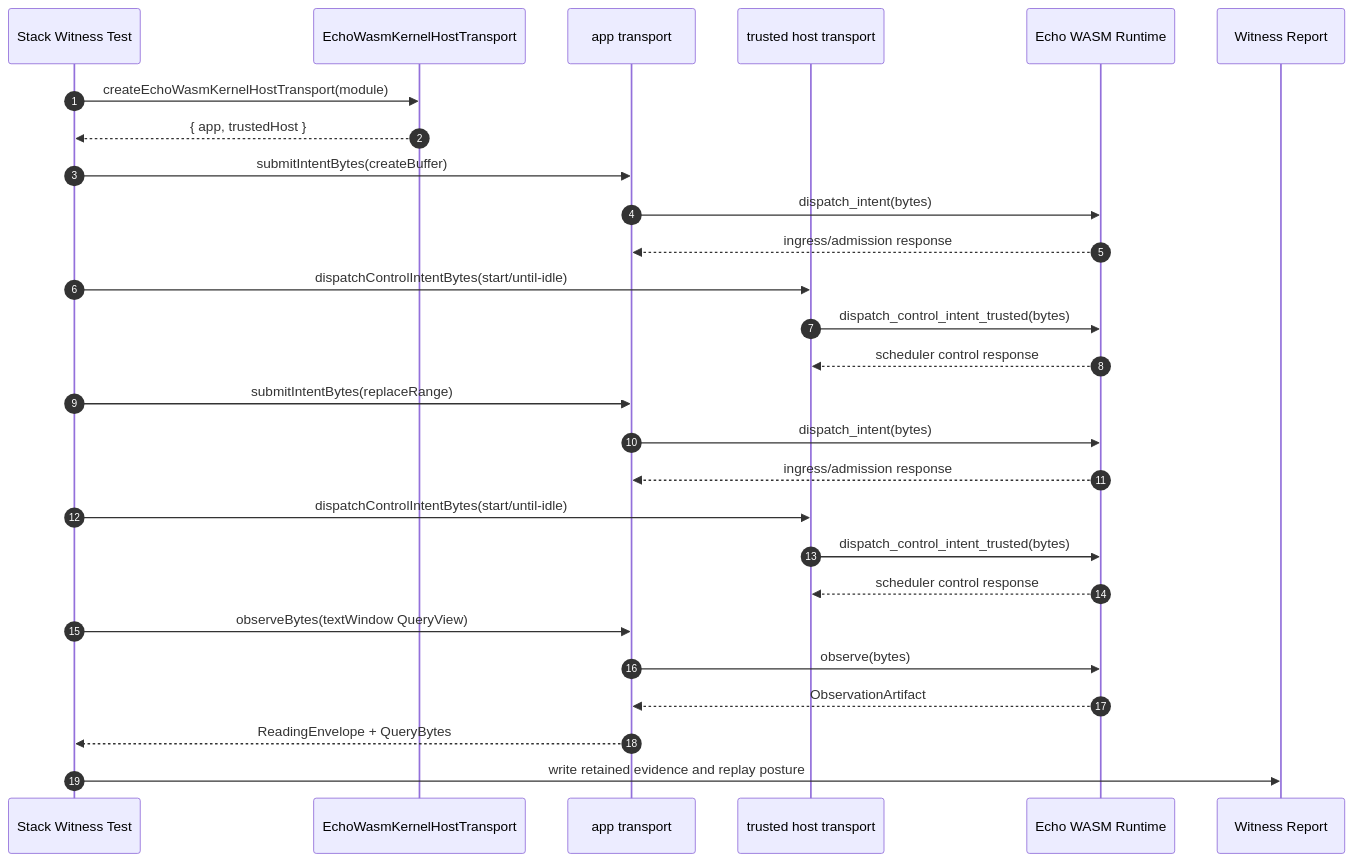
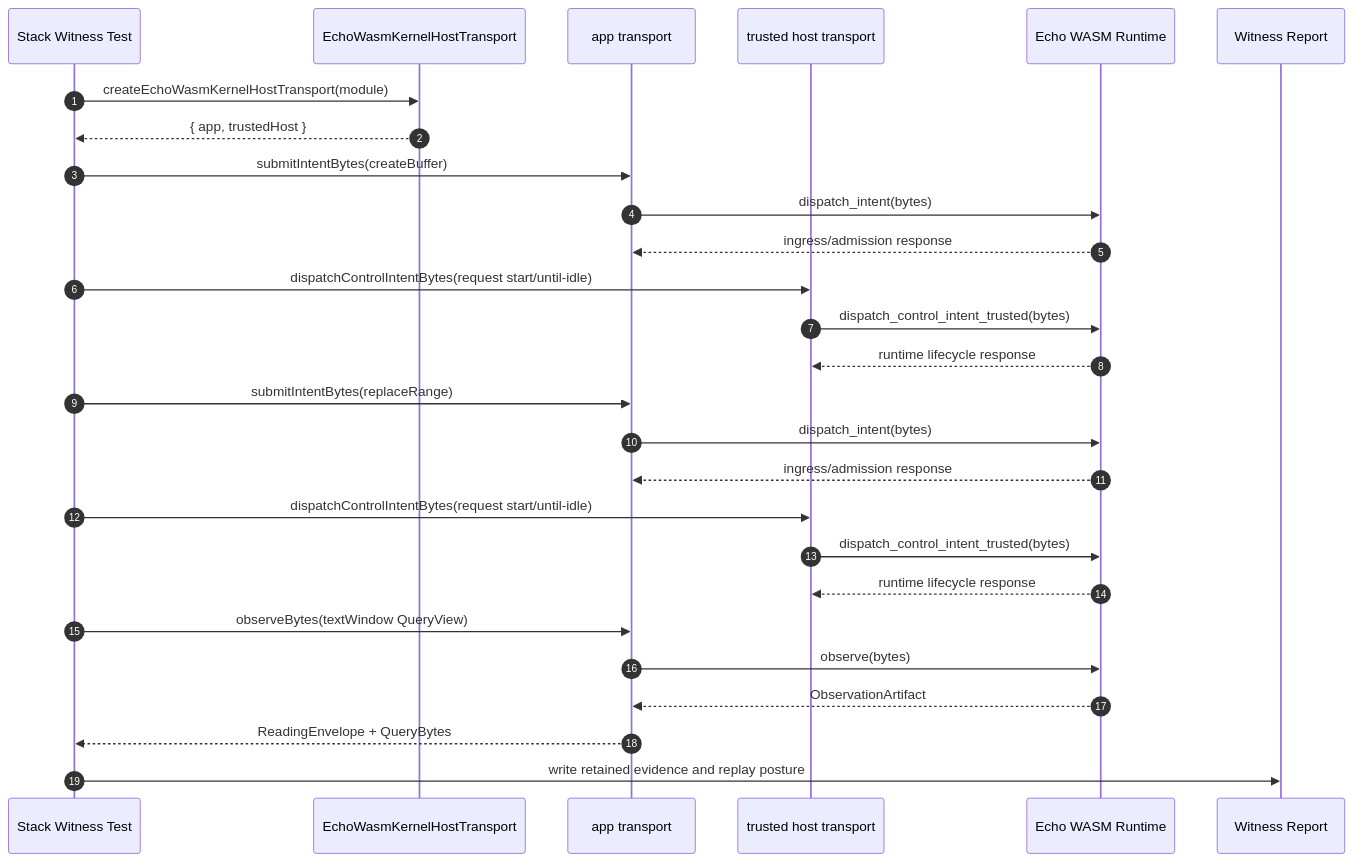
One commit to flyingrobots/jedit changed the tenth of 12 diagrams in docs/jedit-echo-end-to-end.md. Above: the diagram before and after it, drawn with Mermaid. The commit also changed other lines of this file and 1 other file, not shown here.

Commit message:
docs: clarify Echo-owned tick authority

````diff
--- a/docs/jedit-echo-end-to-end.md
+++ b/docs/jedit-echo-end-to-end.md
@@ -714,33 +716,33 @@
 ```mermaid
 sequenceDiagram
   autonumber
   participant Test as Stack Witness Test
   participant HostTransport as EchoWasmKernelHostTransport
   participant AppTransport as app transport
   participant TrustedHost as trusted host transport
   participant Echo as Echo WASM Runtime
   participant Report as Witness Report
 
   Test->>HostTransport: createEchoWasmKernelHostTransport(module)
   HostTransport-->>Test: { app, trustedHost }
 
   Test->>AppTransport: submitIntentBytes(createBuffer)
   AppTransport->>Echo: dispatch_intent(bytes)
   Echo-->>AppTransport: ingress/admission response
-  Test->>TrustedHost: dispatchControlIntentBytes(start/until-idle)
+  Test->>TrustedHost: dispatchControlIntentBytes(request start/until-idle)
   TrustedHost->>Echo: dispatch_control_intent_trusted(bytes)
-  Echo-->>TrustedHost: scheduler control response
+  Echo-->>TrustedHost: runtime lifecycle response
 
   Test->>AppTransport: submitIntentBytes(replaceRange)
   AppTransport->>Echo: dispatch_intent(bytes)
   Echo-->>AppTransport: ingress/admission response
-  Test->>TrustedHost: dispatchControlIntentBytes(start/until-idle)
+  Test->>TrustedHost: dispatchControlIntentBytes(request start/until-idle)
   TrustedHost->>Echo: dispatch_control_intent_trusted(bytes)
-  Echo-->>TrustedHost: scheduler control response
+  Echo-->>TrustedHost: runtime lifecycle response
 
   Test->>AppTransport: observeBytes(textWindow QueryView)
   AppTransport->>Echo: observe(bytes)
   Echo-->>AppTransport: ObservationArtifact
   AppTransport-->>Test: ReadingEnvelope + QueryBytes
   Test->>Report: write retained evidence and replay posture
 ```
````
